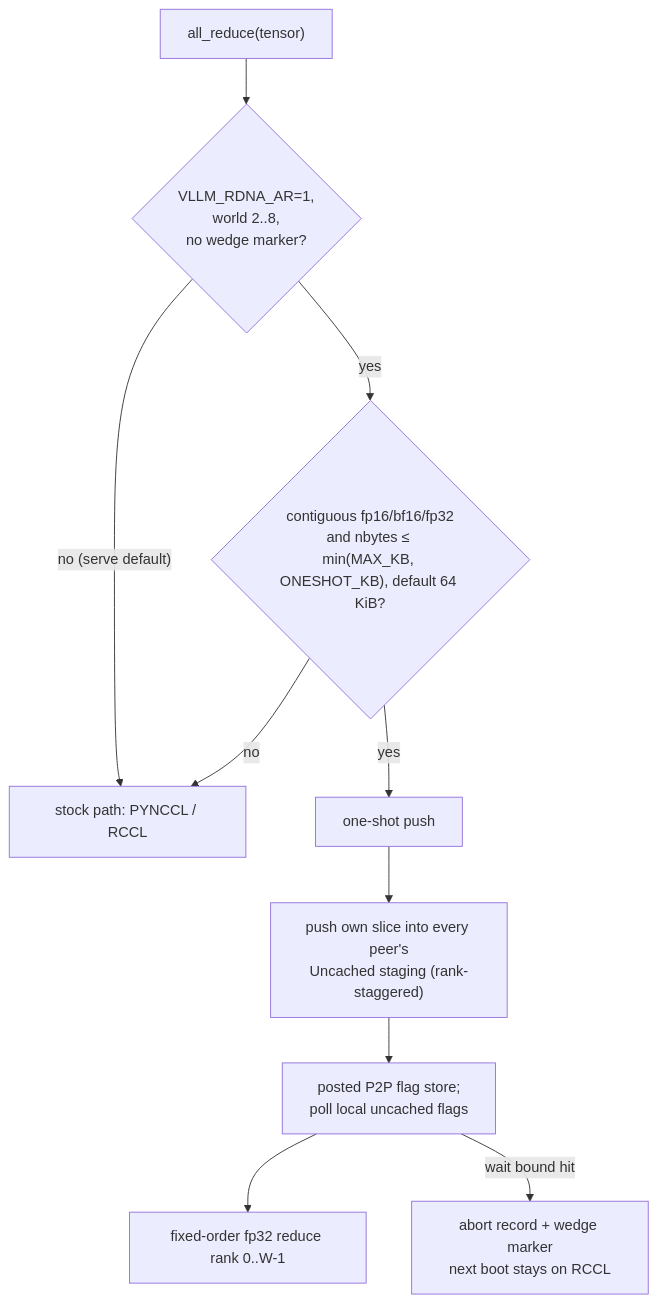
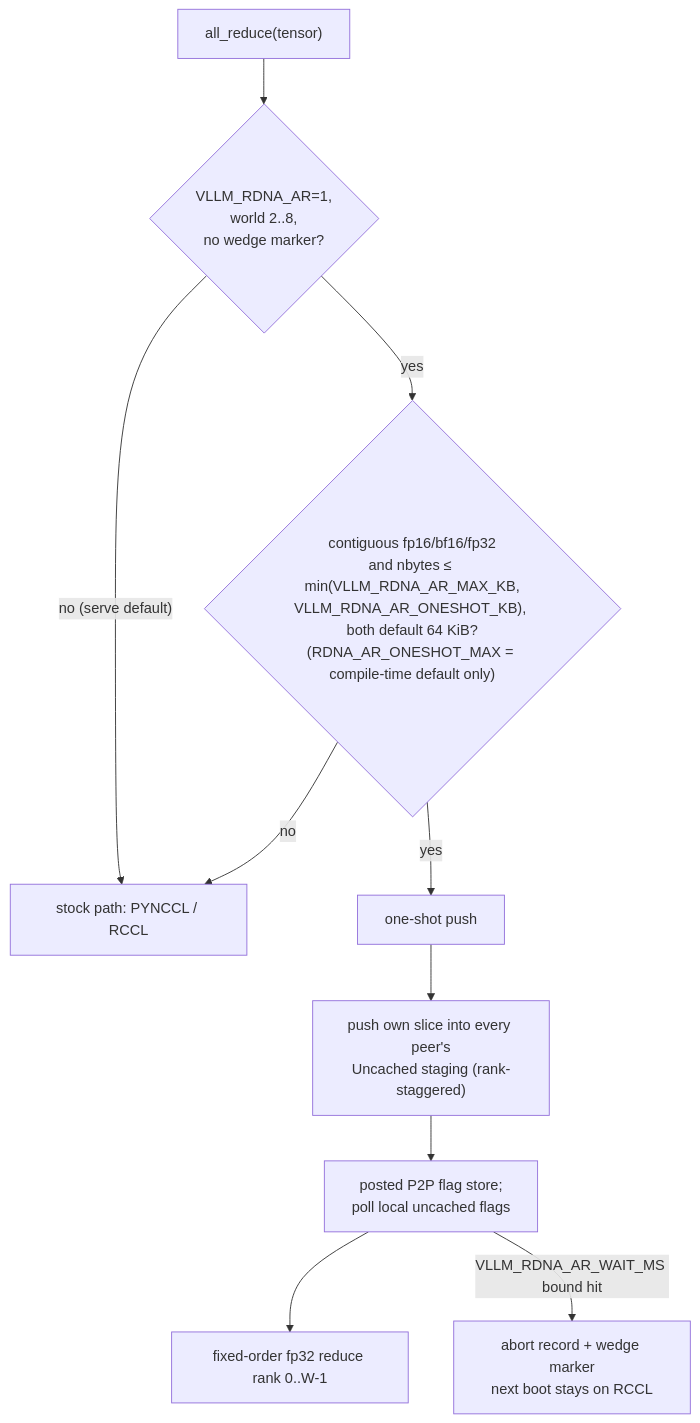
One commit to BlivionIaG/rdna-hip-wiki changed the diagram in silicon/interconnect/rdna-allreduce.md. Above: the diagram before and after it, drawn with Mermaid. The commit also changed other lines of this file and 1 other file, not shown here.

Commit message:
silicon v0.31.0 audit: rdna-allreduce runtime gate VLLM_RDNA_AR_ONESHOT_KB + WAIT_MS; fa-occupancy current state at 1dc3bac4 (waves_per_eu, GQA decode env-off/launcher-on), fix fabricated dest paths

````diff
--- a/silicon/interconnect/rdna-allreduce.md
+++ b/silicon/interconnect/rdna-allreduce.md
@@ -78,12 +78,12 @@
 ```mermaid
 flowchart TB
   T["all_reduce(tensor)"] --> G{"VLLM_RDNA_AR=1,<br/>world 2..8,<br/>no wedge marker?"}
   G -- "no (serve default)" --> R["stock path: PYNCCL / RCCL"]
-  G -- "yes" --> E{"contiguous fp16/bf16/fp32<br/>and nbytes ≤ min(MAX_KB, ONESHOT_KB), default 64 KiB?"}
+  G -- "yes" --> E{"contiguous fp16/bf16/fp32<br/>and nbytes ≤ min(VLLM_RDNA_AR_MAX_KB,<br/>VLLM_RDNA_AR_ONESHOT_KB), both default 64 KiB?<br/>(RDNA_AR_ONESHOT_MAX = compile-time default only)"}
   E -- "no" --> R
   E -- "yes" --> O["one-shot push"]
   O --> P1["push own slice into every peer's<br/>Uncached staging (rank-staggered)"]
   P1 --> P2["posted P2P flag store;<br/>poll local uncached flags"]
   P2 --> P3["fixed-order fp32 reduce rank 0..W-1"]
-  P2 -- "wait bound hit" --> AB["abort record + wedge marker<br/>next boot stays on RCCL"]
+  P2 -- "VLLM_RDNA_AR_WAIT_MS bound hit" --> AB["abort record + wedge marker<br/>next boot stays on RCCL"]
 ```
````
